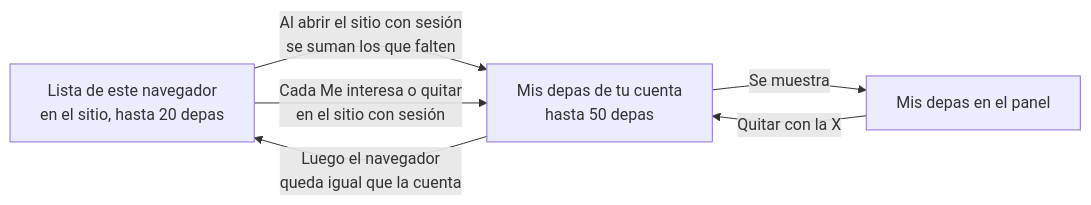
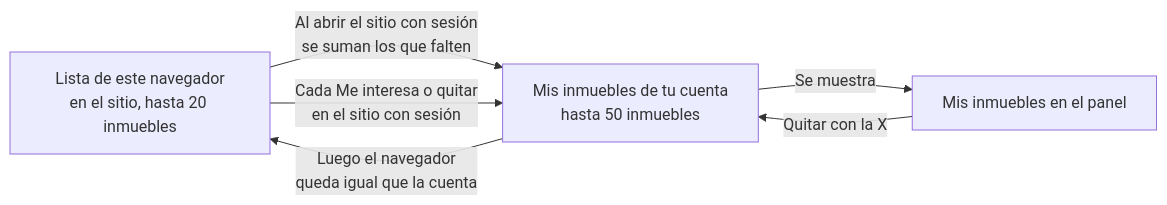
Diagram 14 of 17 in docs/plataforma/09-manual-funcional.md (samirharrytl/DHC_landing), drawn with Mermaid before and after one commit. The commit also changed other lines of this file and 72 other files, not shown here.

First line of the commit message:
Fuente Poppins como depahostperu.com, "Mis depas" pasa a "Mis inmuebles" y cambios en API y panel

````diff
--- a/docs/plataforma/09-manual-funcional.md
+++ b/docs/plataforma/09-manual-funcional.md
@@ -2578,11 +2573,11 @@
 ```mermaid
 flowchart LR
-    NAV["Lista de este navegador<br/>en el sitio, hasta 20 depas"]
-    CUENTA["Mis depas de tu cuenta<br/>hasta 50 depas"]
-    PANEL["Mis depas en el panel"]
+    NAV["Lista de este navegador<br/>en el sitio, hasta 20 inmuebles"]
+    CUENTA["Mis inmuebles de tu cuenta<br/>hasta 50 inmuebles"]
+    PANEL["Mis inmuebles en el panel"]
     NAV -->|"Al abrir el sitio con sesión<br/>se suman los que falten"| CUENTA
     CUENTA -->|"Luego el navegador<br/>queda igual que la cuenta"| NAV
     NAV -->|"Cada Me interesa o quitar<br/>en el sitio con sesión"| CUENTA
     CUENTA -->|"Se muestra"| PANEL
     PANEL -->|"Quitar con la X"| CUENTA
 ```
````
